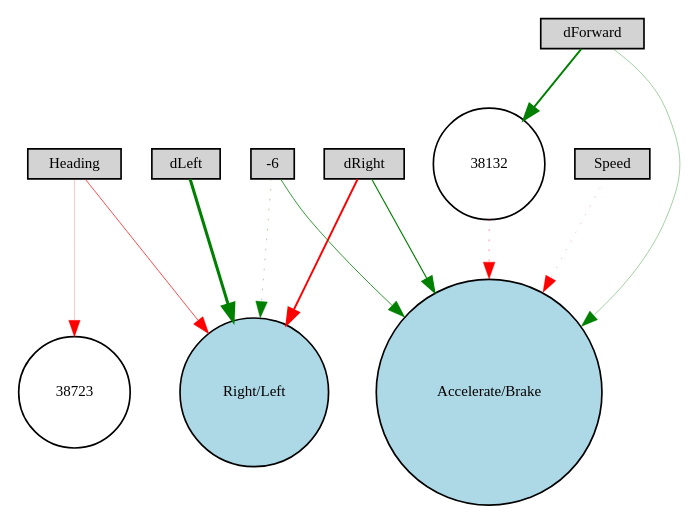
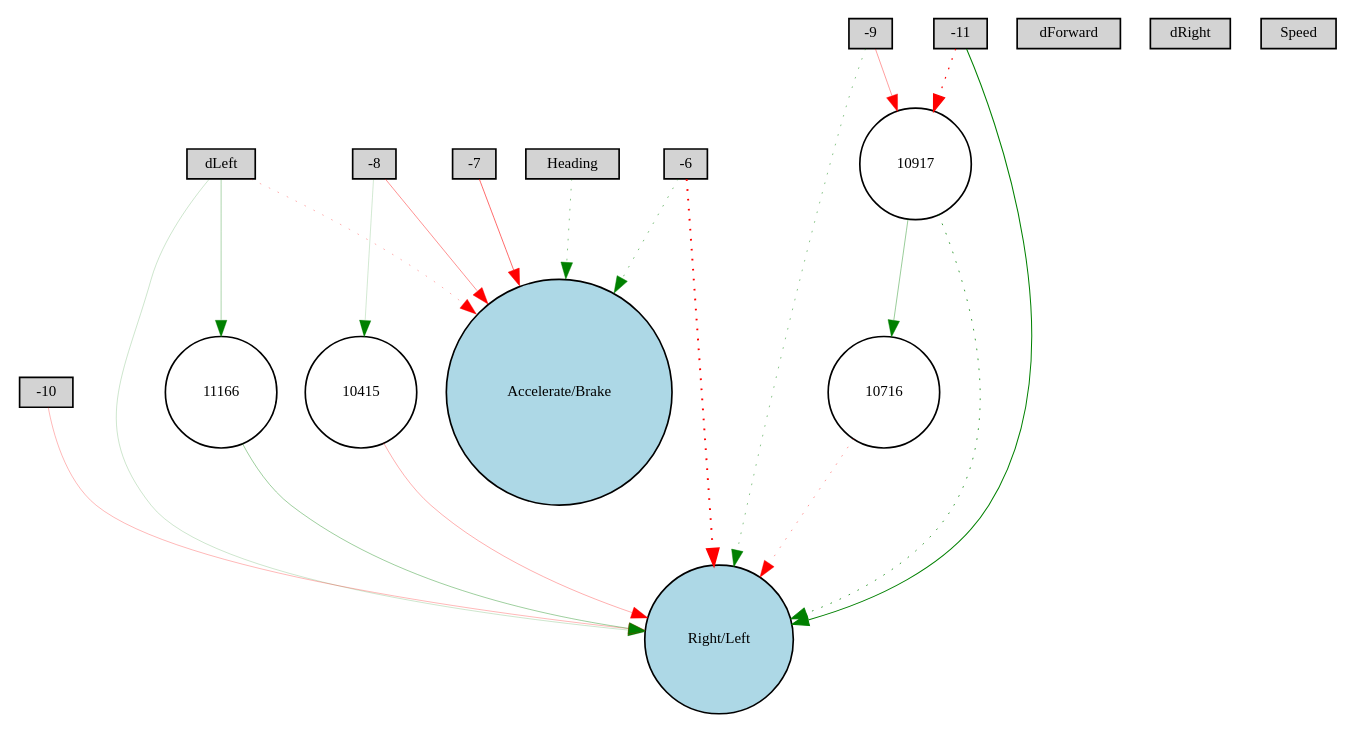
One commit to arjun-rai/RacingNEAT changed the diagram in Digraph.gv. Above: the diagram before and after it, drawn with Graphviz. The commit also changed 36 other files, not shown here.

```diff
--- a/Digraph.gv
+++ b/Digraph.gv
@@ -1,24 +1,39 @@
 digraph {
 	node [fontsize=9 height=0.2 shape=circle width=0.2]
 	dLeft [fillcolor=lightgray shape=box style=filled]
 	dForward [fillcolor=lightgray shape=box style=filled]
 	dRight [fillcolor=lightgray shape=box style=filled]
 	Speed [fillcolor=lightgray shape=box style=filled]
 	Heading [fillcolor=lightgray shape=box style=filled]
 	-6 [fillcolor=lightgray shape=box style=filled]
+	-7 [fillcolor=lightgray shape=box style=filled]
+	-8 [fillcolor=lightgray shape=box style=filled]
+	-9 [fillcolor=lightgray shape=box style=filled]
+	-10 [fillcolor=lightgray shape=box style=filled]
+	-11 [fillcolor=lightgray shape=box style=filled]
 	"Accelerate/Brake" [fillcolor=lightblue style=filled]
 	"Right/Left" [fillcolor=lightblue style=filled]
-	38723 [fillcolor=white style=filled]
-	38132 [fillcolor=white style=filled]
-	dRight -> "Right/Left" [color=red penwidth=1.139399905916269 style=solid]
-	Heading -> "Right/Left" [color=red penwidth=0.41606402269006726 style=solid]
-	dLeft -> "Right/Left" [color=green penwidth=1.8155981766327245 style=solid]
-	-6 -> "Accelerate/Brake" [color=green penwidth=0.48450795130227853 style=solid]
-	dRight -> "Accelerate/Brake" [color=green penwidth=0.6821419095240272 style=solid]
-	dForward -> "Accelerate/Brake" [color=green penwidth=0.2180963218876592 style=solid]
-	Speed -> "Accelerate/Brake" [color=red penwidth=0.12528293552074352 style=dotted]
-	-6 -> "Right/Left" [color=green penwidth=0.22445240714826747 style=dotted]
-	dForward -> 38132 [color=green penwidth=1.1501217492600382 style=solid]
-	38132 -> "Accelerate/Brake" [color=red penwidth=0.2669166068333134 style=dotted]
-	Heading -> 38723 [color=red penwidth=0.13627171978043606 style=solid]
+	10917 [fillcolor=white style=filled]
+	10415 [fillcolor=white style=filled]
+	10716 [fillcolor=white style=filled]
+	11166 [fillcolor=white style=filled]
+	-9 -> "Right/Left" [color=green penwidth=0.2783819524899901 style=dotted]
+	-6 -> "Accelerate/Brake" [color=green penwidth=0.30922608702672966 style=dotted]
+	Heading -> "Accelerate/Brake" [color=green penwidth=0.2893468098112324 style=dotted]
+	-10 -> "Right/Left" [color=red penwidth=0.1741291476513983 style=solid]
+	-8 -> "Accelerate/Brake" [color=red penwidth=0.25774299841780257 style=solid]
+	-6 -> "Right/Left" [color=red penwidth=1.1944547903010363 style=dotted]
+	-8 -> 10415 [color=green penwidth=0.11394854332630737 style=solid]
+	10415 -> "Right/Left" [color=red penwidth=0.19090198571207284 style=solid]
+	10716 -> "Right/Left" [color=red penwidth=0.24411127531931814 style=dotted]
+	-11 -> "Right/Left" [color=green penwidth=0.6135313323991076 style=solid]
+	-11 -> 10917 [color=red penwidth=0.7284823941590536 style=dotted]
+	10917 -> "Right/Left" [color=green penwidth=0.4586162756716925 style=dotted]
+	dLeft -> "Right/Left" [color=green penwidth=0.1243559019776502 style=solid]
+	dLeft -> "Accelerate/Brake" [color=red penwidth=0.19061113012896258 style=dotted]
+	-7 -> "Accelerate/Brake" [color=red penwidth=0.3511685163333139 style=solid]
+	-9 -> 10917 [color=red penwidth=0.23197816571736468 style=solid]
+	dLeft -> 11166 [color=green penwidth=0.20038447540109433 style=solid]
+	11166 -> "Right/Left" [color=green penwidth=0.2324670495577788 style=solid]
+	10917 -> 10716 [color=green penwidth=0.2382098816167215 style=solid]
 }
```
